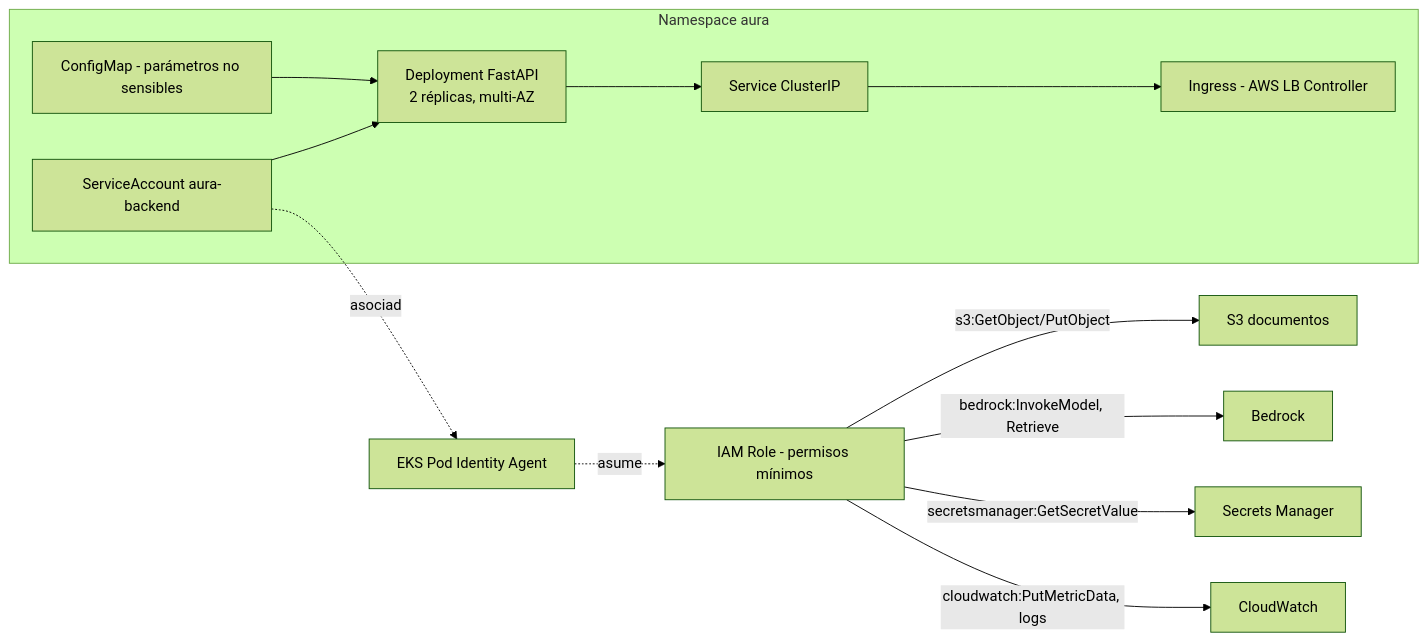
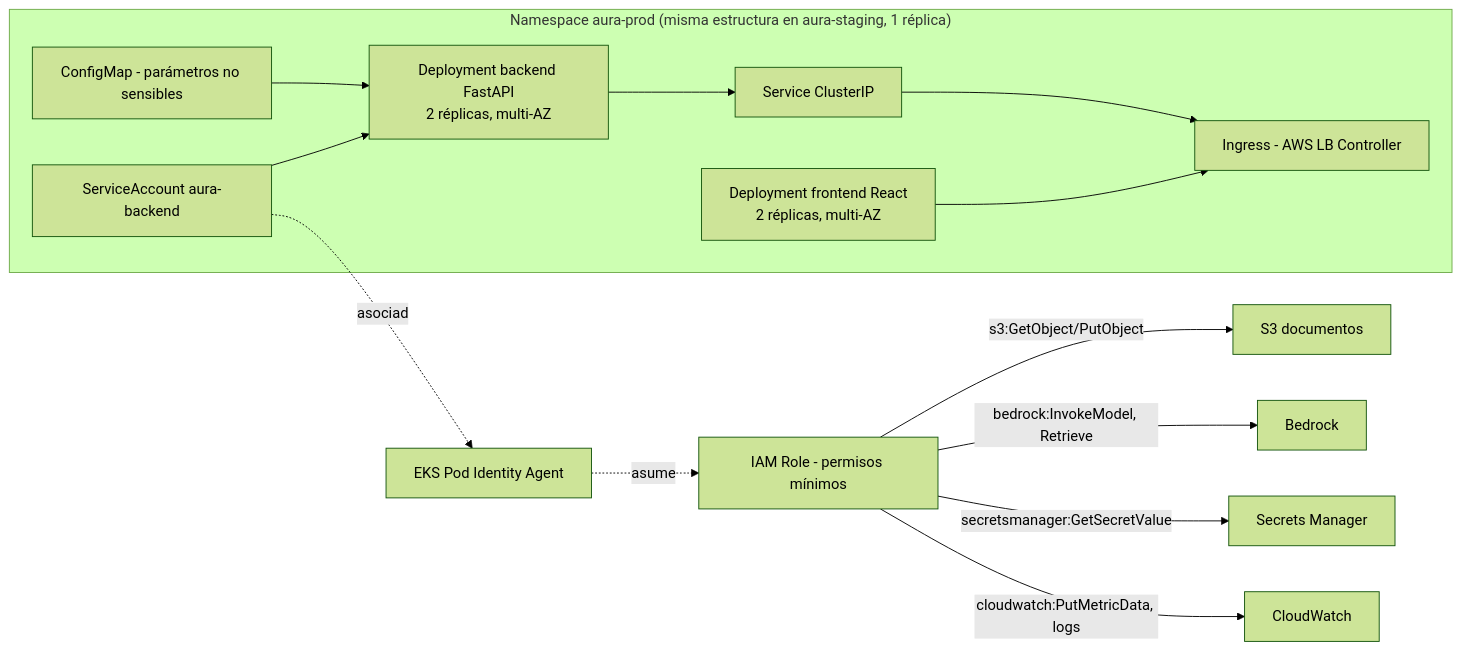
Before and after one commit to Rosten1805/aura-ai-knowledge-engine: the fifth of 6 diagrams in ARCHITECTURE.md, drawn with Mermaid (forest theme). The commit also changed other lines of this file and 1 other file, not shown here.

First line of the commit message:
Reconcile architecture with final design decisions

````diff
--- a/ARCHITECTURE.md
+++ b/ARCHITECTURE.md
@@ -207,24 +209,26 @@
 ```mermaid
 flowchart LR
-    subgraph EKS_NS["Namespace aura"]
+    subgraph EKS_NS["Namespace aura-prod (misma estructura en aura-staging, 1 réplica)"]
         SA[ServiceAccount aura-backend]
-        Deploy[Deployment FastAPI\n2 réplicas, multi-AZ]
+        DeployFE[Deployment frontend React\n2 réplicas, multi-AZ]
+        DeployBE[Deployment backend FastAPI\n2 réplicas, multi-AZ]
         CM[ConfigMap - parámetros no sensibles]
         SVC[Service ClusterIP]
         Ing[Ingress - AWS LB Controller]
     end
 
     PodIdentity[EKS Pod Identity Agent]
     IAMRole[IAM Role - permisos mínimos]
 
     SA -.asociado.-> PodIdentity
     PodIdentity -.asume.-> IAMRole
     IAMRole -->|s3:GetObject/PutObject| S3[S3 documentos]
     IAMRole -->|bedrock:InvokeModel, Retrieve| BR[Bedrock]
     IAMRole -->|secretsmanager:GetSecretValue| SM[Secrets Manager]
     IAMRole -->|cloudwatch:PutMetricData, logs| CWL[CloudWatch]
 
-    Deploy --> SVC --> Ing
-    CM --> Deploy
-    SA --> Deploy
+    DeployBE --> SVC --> Ing
+    DeployFE --> Ing
+    CM --> DeployBE
+    SA --> DeployBE
 ```
````
